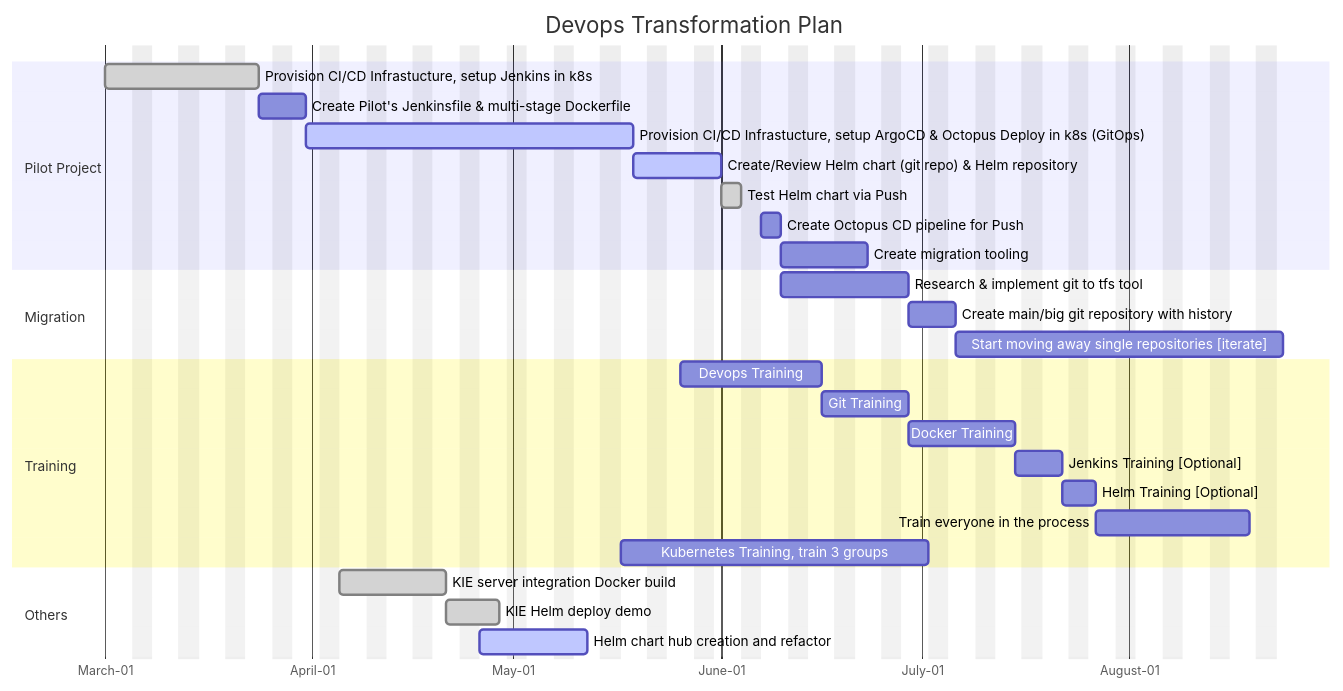
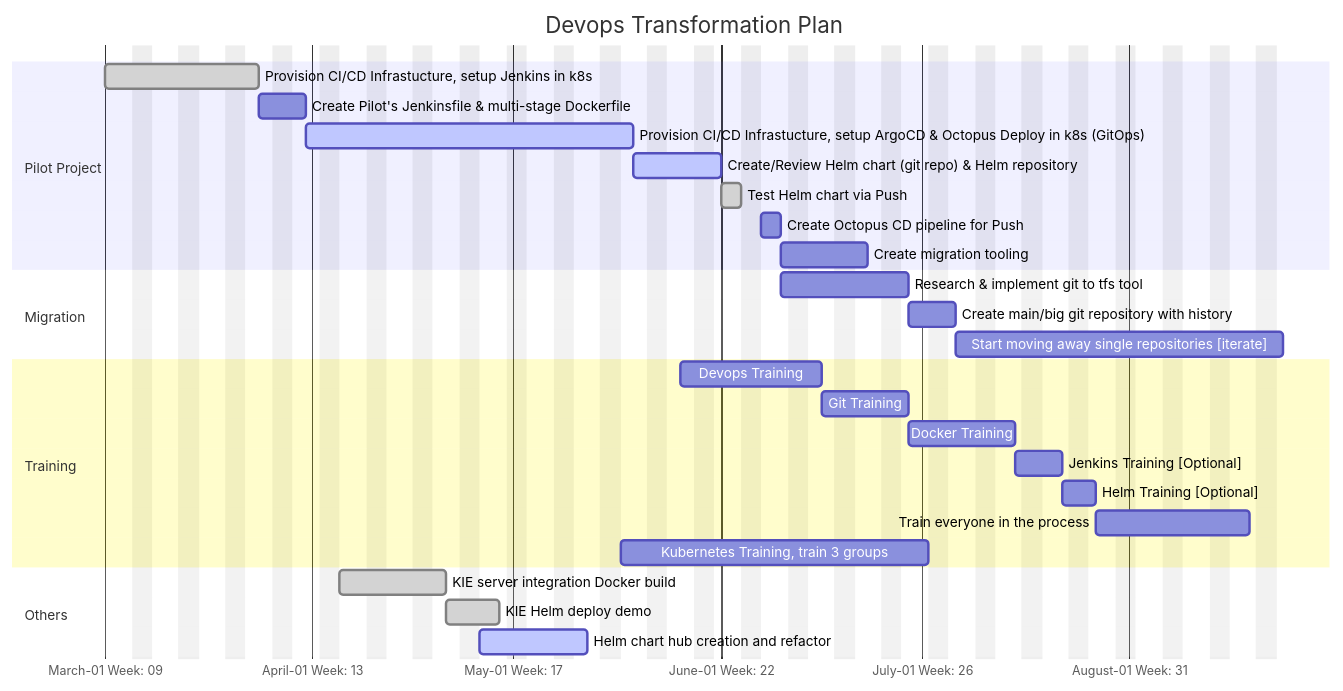
One commit to jmarcos-cano/devops-progress changed the diagram in docs/index.md. Above: the diagram before and after it, drawn with Mermaid.

Commit message:
auto deploy

````diff
--- a/docs/index.md
+++ b/docs/index.md
@@ -11,40 +11,40 @@
 ```mermaid
 gantt
     dateFormat  YYYY-MM-DD
     excludes    Friday, Saturday, Sunday
-    axisformat %B-%d
+    axisformat %B-%d Week: %U
     todayMarker off
     title Devops Transformation Plan
 
 
     section Pilot Project
     Provision CI/CD Infrastucture, setup Jenkins in k8s : done, 2021-03-01, 2w
     Create Pilot's Jenkinsfile & multi-stage Dockerfile :  4d
     Provision CI/CD Infrastucture, setup ArgoCD & Octopus Deploy in k8s (GitOps) : active, 4w
     Create/Review Helm chart (git repo) & Helm repository: active, 1w
     Test Helm chart via Push: done, 3d
     Create Octopus CD pipeline for Push : 3d
     Create migration tooling : 1w
 
     section Migration
-    Research & implement git to tfs tool            :m1, 2021-06-10, 10d
-    Create main/big git repository with history     :after m1  , 4d
-    Start moving away single repositories [iterate] :4w
+    Research & implement git to tfs tool            :   m1, 2021-06-10, 10d
+    Create main/big git repository with history     :   m2, after m1  , 4d
+    Start moving away single repositories [iterate] :   after m1 m2, 4w
 
 
     section Training
-    Devops Training       :  2021-05-26  , 12d
-    Git Training      : 1w
-    Docker Training : 10d
-    Jenkins Training [Optional]: 4d
-    Helm Training [Optional]: 2d
-    Train everyone in the process:  2w
-    Kubernetes Training, train 3 groups: 2021-05-17, 4w
+    Devops Training       :                             2021-05-26  , 12d
+    Git Training      :                                 1w
+    Docker Training :                                   10d
+    Jenkins Training [Optional]:                        4d
+    Helm Training [Optional]:                           2d
+    Train everyone in the process:                      2w
+    Kubernetes Training, train 3 groups:                2021-05-17, 4w
 
 
     section Others
     KIE server integration Docker build : done, 2021-04-05, 10d
     KIE Helm deploy demo  : done,  5d
     Helm chart hub creation and refactor : active, 2021-04-26, 10d
 
 ```
````
